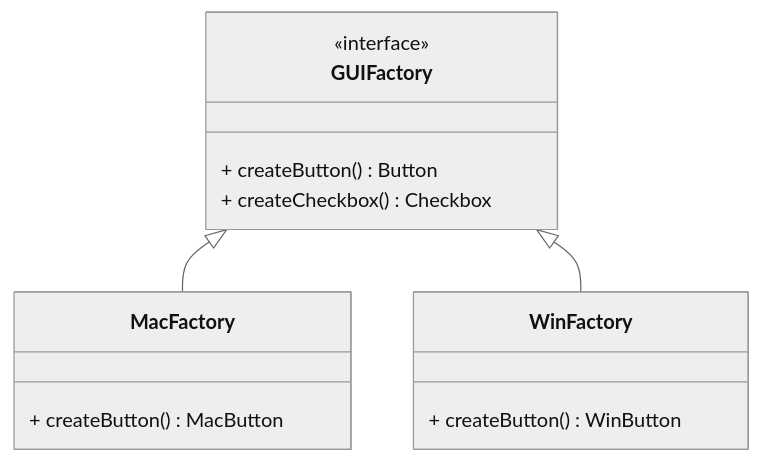
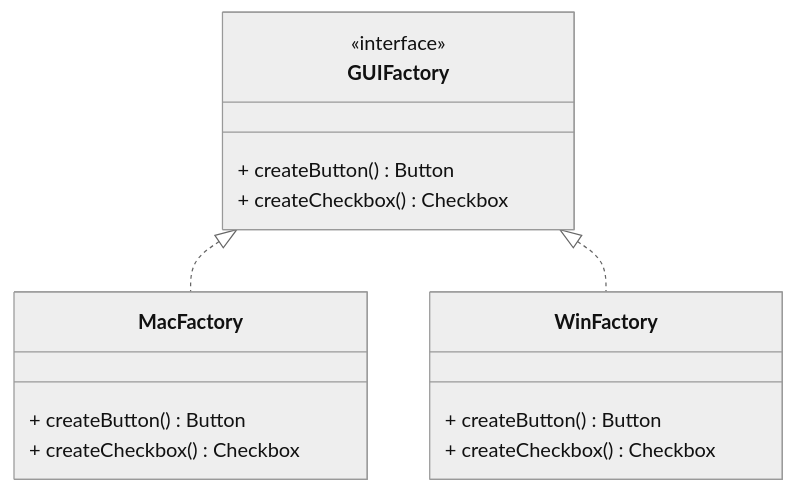
One commit to swapnilphalke97/Design-Pattern changed the third of 22 diagrams in Readme.md. Above: the diagram before and after it, drawn with Mermaid (neutral theme). The commit also changed other lines of this file, not shown here.

````diff
--- a/Readme.md
+++ b/Readme.md
@@ -104,16 +117,18 @@
 ```mermaid
 classDiagram
     class GUIFactory {
         <<interface>>
         + createButton() Button
         + createCheckbox() Checkbox
     }
     class MacFactory {
-        + createButton() MacButton
+        + createButton() Button
+        + createCheckbox() Checkbox
     }
     class WinFactory {
-        + createButton() WinButton
+        + createButton() Button
+        + createCheckbox() Checkbox
     }
-    GUIFactory <|-- MacFactory
-    GUIFactory <|-- WinFactory
+    GUIFactory <|.. MacFactory
+    GUIFactory <|.. WinFactory
 ```
````
